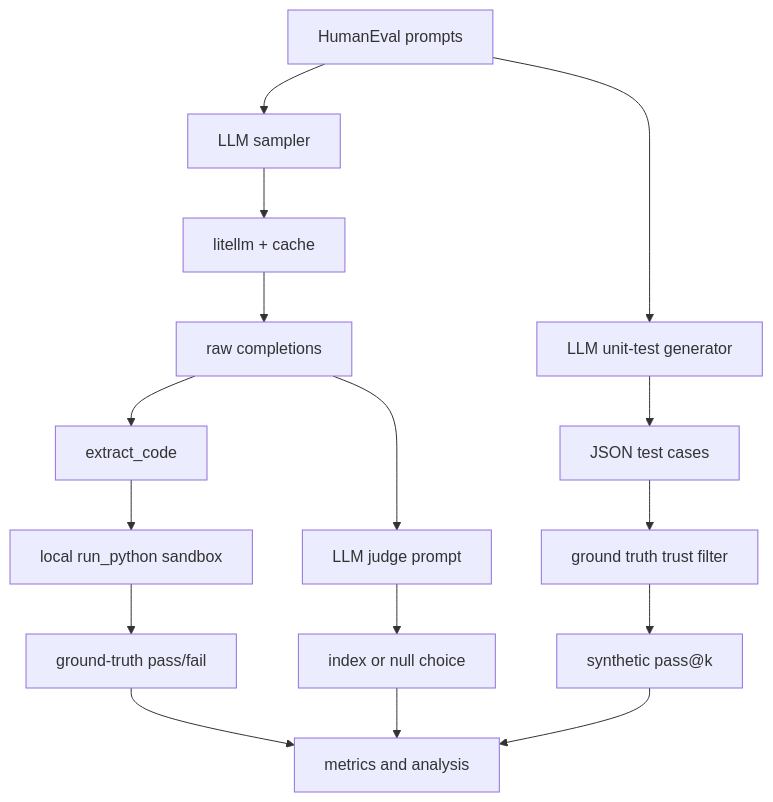
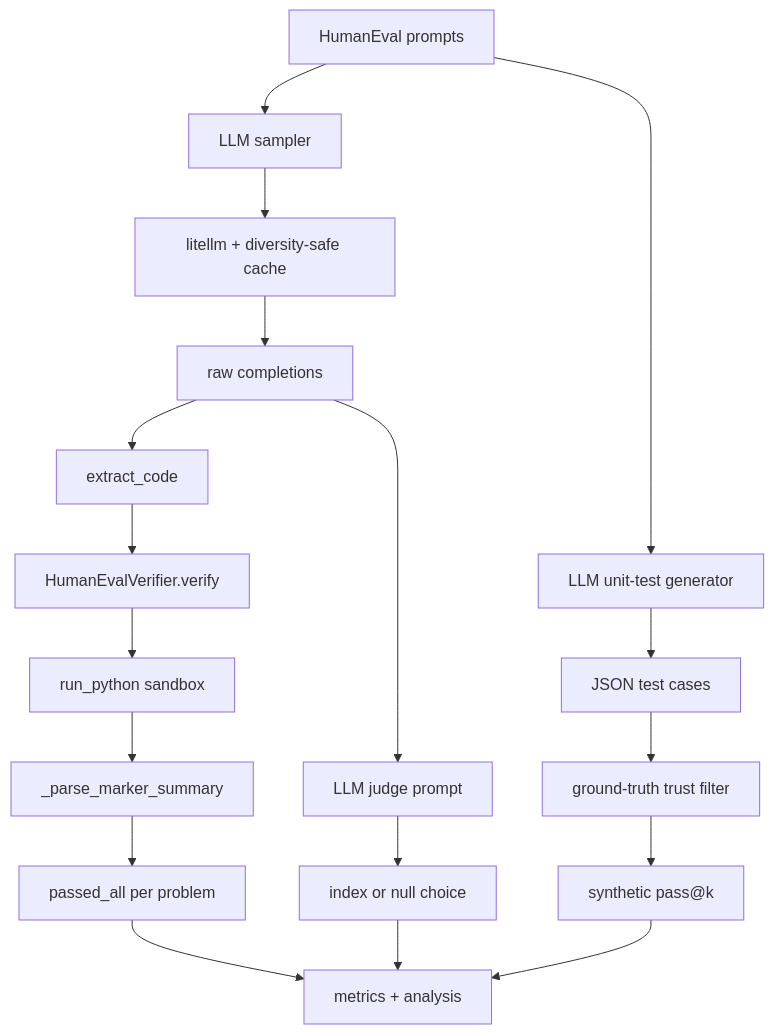
One commit to TimS-ml/Scratch-CS329A-Agent changed the first of 6 diagrams in docs/hw2-code-walkthrough.md. Above: the diagram before and after it, drawn with Mermaid. The commit also changed other lines of this file and 2 other files, not shown here.

````diff
--- a/docs/hw2-code-walkthrough.md
+++ b/docs/hw2-code-walkthrough.md
@@ -9,18 +8,20 @@
 ```mermaid
 flowchart TD
   A[HumanEval prompts] --> B[LLM sampler]
-  B --> C[litellm + cache]
+  B --> C[litellm + diversity-safe cache]
   C --> D[raw completions]
   D --> E[extract_code]
-  E --> F[local run_python sandbox]
-  F --> G[ground-truth pass/fail]
-  D --> H[LLM judge prompt]
-  H --> I[index or null choice]
-  A --> J[LLM unit-test generator]
-  J --> K[JSON test cases]
-  K --> L[ground truth trust filter]
-  L --> M[synthetic pass@k]
-  G --> N[metrics and analysis]
-  I --> N
-  M --> N
+  E --> F[HumanEvalVerifier.verify]
+  F --> G[run_python sandbox]
+  G --> H[_parse_marker_summary]
+  H --> I[passed_all per problem]
+  D --> J[LLM judge prompt]
+  J --> K[index or null choice]
+  A --> L[LLM unit-test generator]
+  L --> M[JSON test cases]
+  M --> N[ground-truth trust filter]
+  N --> O[synthetic pass@k]
+  I --> P[metrics + analysis]
+  K --> P
+  O --> P
 ```
````
